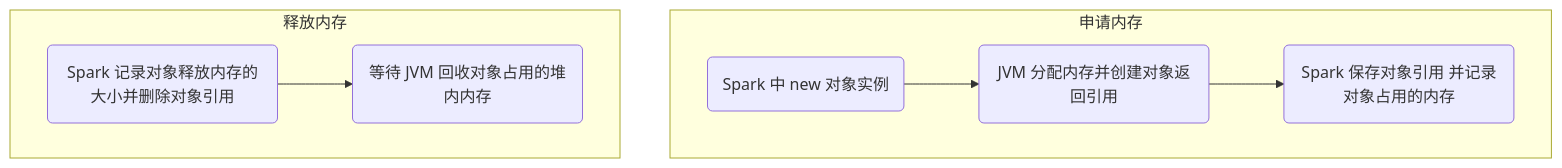
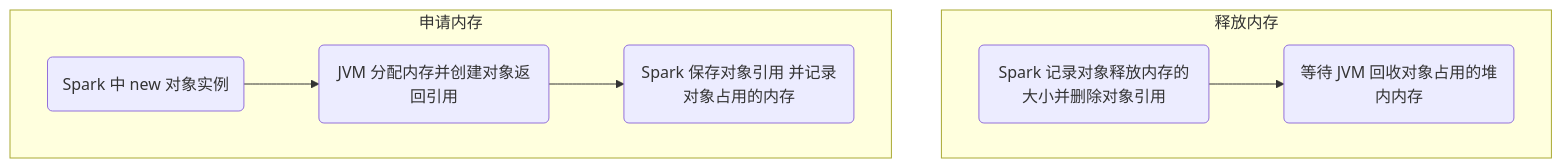
Before and after one commit to mzl9039/mzl9039.github.io: the diagram in _posts/2018-5-10-spark-源码分析-MemoryManager内存管理.md, drawn with Mermaid. The commit also changed other lines of this file, not shown here.

Commit message:
test mermaid subgraph order

```diff
--- a/_posts/2018-5-10-spark-源码分析-MemoryManager内存管理.md
+++ b/_posts/2018-5-10-spark-源码分析-MemoryManager内存管理.md
@@ -88,10 +88,10 @@
 <div class="mermaid">
 graph TB
+    subgraph 释放内存
+    b1(Spark 记录对象释放内存的大小并删除对象引用)-->b2(等待 JVM 回收对象占用的堆内内存)
+    end
     subgraph 申请内存
     a1(Spark 中 new 对象实例)-->a2(JVM 分配内存并创建对象返回引用)
     a2-->a3(Spark 保存对象引用 并记录对象占用的内存)
     end
-    subgraph 释放内存
-    b1(Spark 记录对象释放内存的大小并删除对象引用)-->b2(等待 JVM 回收对象占用的堆内内存)
-    end
 </div>
```
